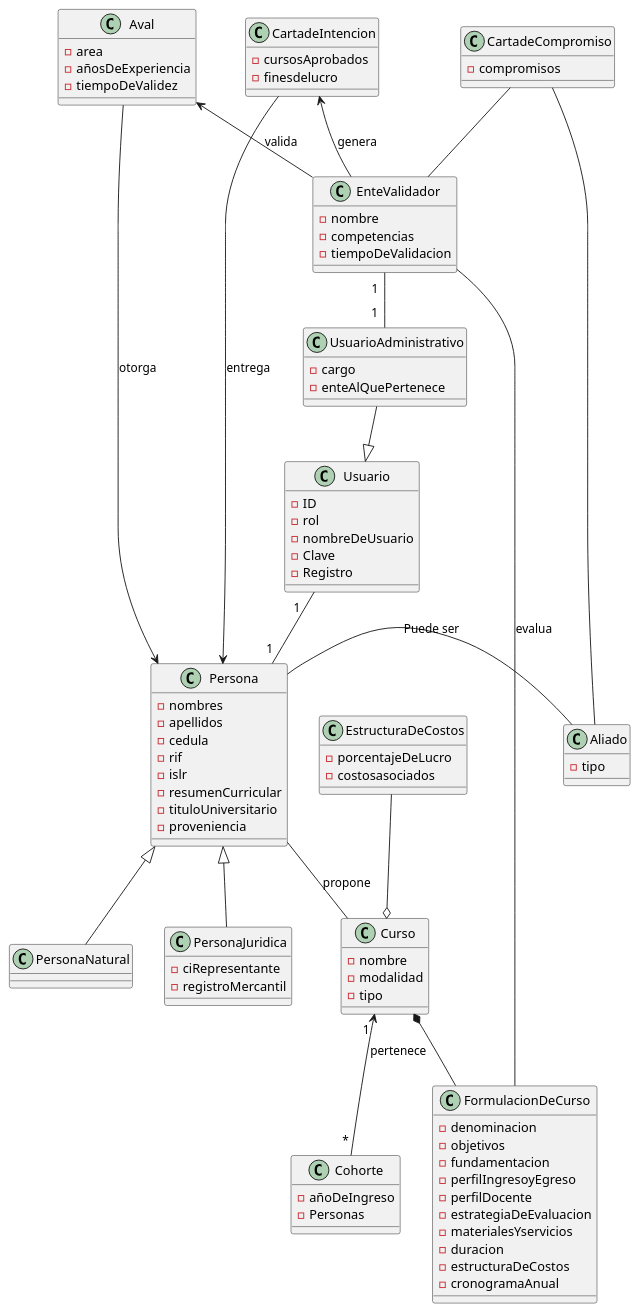
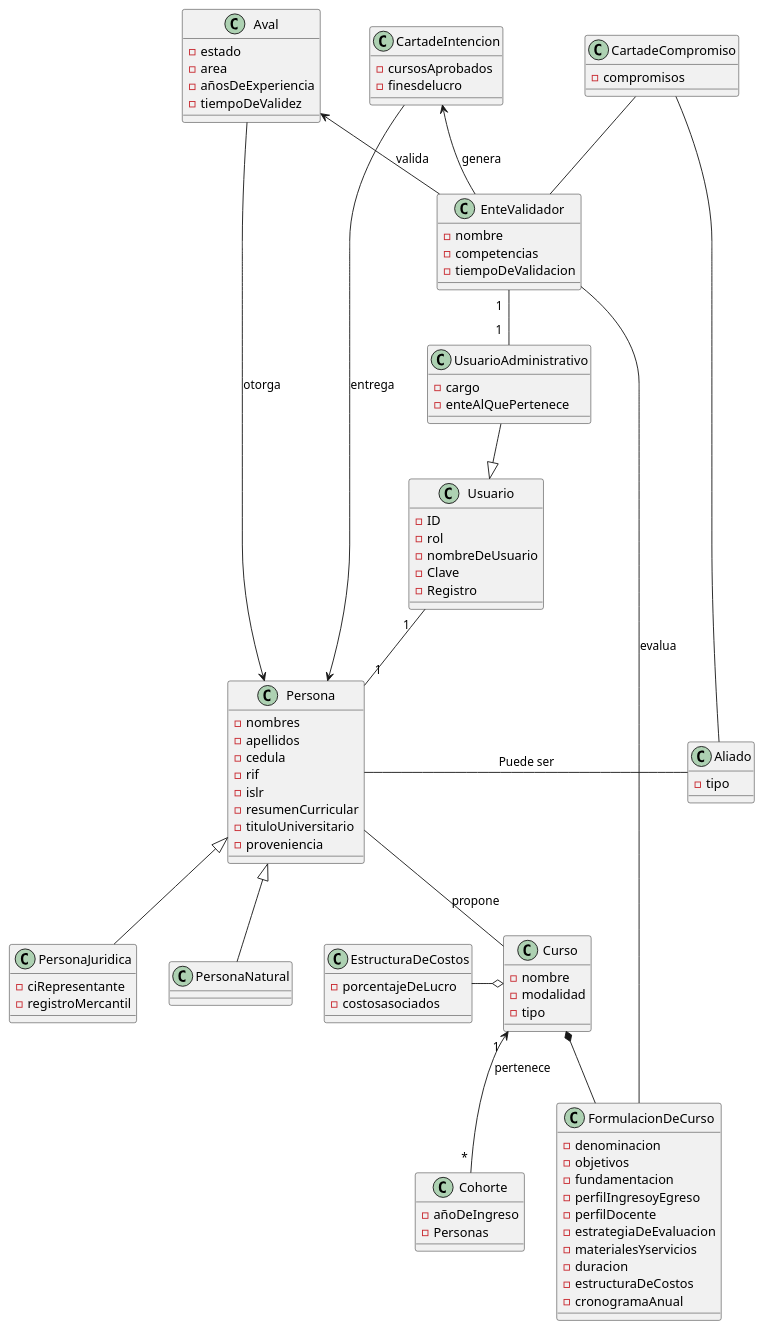
The diagram in docs/scenariosView/DiagramadeClasesModeloDominio.plantuml (dalekprime/Ingenieria_de_Software_Equipo8), drawn with PlantUML before and after one commit. The commit also changed 3 other files, not shown here.

```diff
--- a/docs/scenariosView/DiagramadeClasesModeloDominio.plantuml
+++ b/docs/scenariosView/DiagramadeClasesModeloDominio.plantuml
@@ -1,111 +1,112 @@
 @startuml Diagrama de Clases 
 
 Class Persona{
 - nombres
 - apellidos
 - cedula
 - rif
 - islr
 - resumenCurricular
 - tituloUniversitario
 - proveniencia
 }
 
 Class PersonaJuridica{
 - ciRepresentante
 - registroMercantil
 }
 
 
 Persona <|-- PersonaJuridica
 Persona <|-- PersonaNatural
 Class Aliado{
 - tipo
 }
-Aliado -l- Persona: Puede ser
+Aliado --l- Persona: Puede ser
 
 
 
 Class Aval{
+- estado
 - area 
 - añosDeExperiencia
 - tiempoDeValidez
 }
 
 class Cohorte{
 - añoDeIngreso
 - Personas
 }
 
 Class EstructuraDeCostos{
 - porcentajeDeLucro
 - costosasociados
 }
 
 Class FormulacionDeCurso{
 - denominacion
 - objetivos
 - fundamentacion
 - perfilIngresoyEgreso
 - perfilDocente
 - estrategiaDeEvaluacion
 - materialesYservicios
 - duracion
 - estructuraDeCostos
 - cronogramaAnual
 }
 
 
 Class Curso{
 - nombre
 - modalidad
 - tipo
 }
 
 Curso *-- FormulacionDeCurso
 Persona -- Curso :  propone
 
 
 Class Usuario{
     - ID
     - rol
     - nombreDeUsuario
     - Clave
     - Registro
 }
 Class UsuarioAdministrativo{
     -cargo
     -enteAlQuePertenece
 }
 
 UsuarioAdministrativo --|> Usuario
 
 Usuario "  1   " -- " 1 " Persona
 
 
 Class CartadeIntencion{
 - cursosAprobados
 - finesdelucro
 }
 
 Class CartadeCompromiso{
 - compromisos
 }
 
 Class EnteValidador{
     - nombre
     - competencias
     - tiempoDeValidacion
 }
 
 EnteValidador "  1  "--"  1  " UsuarioAdministrativo
 EnteValidador -- FormulacionDeCurso : evalua
 Aval <-- EnteValidador : valida
 Aval --> Persona : otorga
 CartadeIntencion <-- EnteValidador : genera
 CartadeIntencion --> Persona : entrega
 Curso " 1 "<-- " * " Cohorte : pertenece
 CartadeCompromiso -- EnteValidador
 CartadeCompromiso -- Aliado
-EstructuraDeCostos --o Curso 
+EstructuraDeCostos -r-----o Curso 
 @enduml
```
